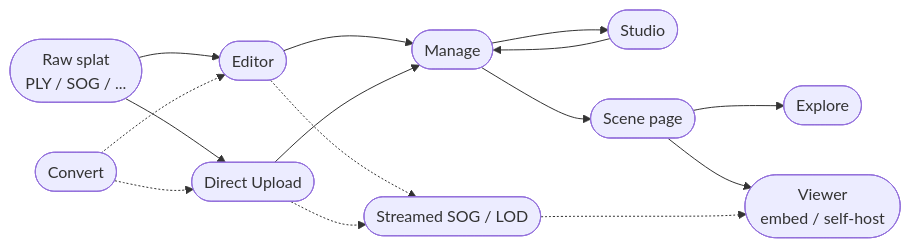
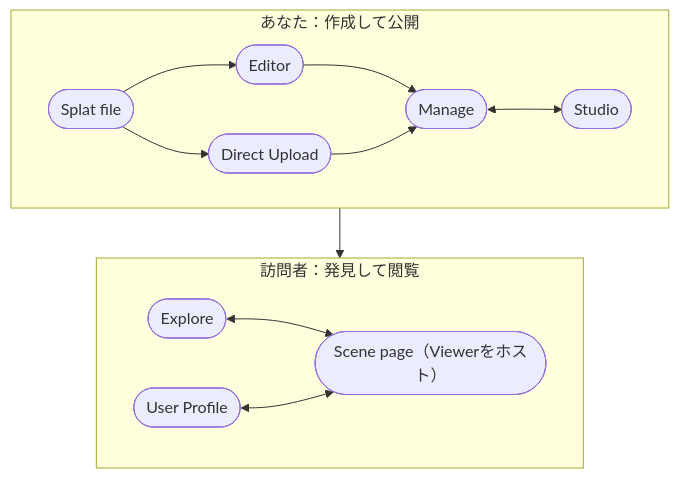
Before and after one commit to playcanvas/developer-site: the diagram in i18n/ja/docusaurus-plugin-content-docs/current/user-manual/supersplat/index.md, drawn with Mermaid. The commit also changed 1 other file, not shown here.

First paragraph of the commit message:
Redesign the SuperSplat overview diagram as a two-audience journey (#1023)
* Redesign SuperSplat overview diagram as a two-audience journey

````diff
--- a/i18n/ja/docusaurus-plugin-content-docs/current/user-manual/supersplat/index.md
+++ b/i18n/ja/docusaurus-plugin-content-docs/current/user-manual/supersplat/index.md
@@ -10,25 +10,19 @@
 ```mermaid
-flowchart LR
-    PLY([Raw splat<br/>PLY / SOG / ...])
-    Editor([Editor])
-    Upload([Direct Upload])
-    Manage([Manage])
-    Studio([Studio])
-    Scene([Scene page])
-    Explore([Explore])
-    Viewer([Viewer<br/>embed / self-host])
-    Convert([Convert])
-    Streaming([Streamed SOG / LOD])
+flowchart TB
+    subgraph you [あなた：作成して公開]
+        direction LR
+        raw([Splat file]) --> editor([Editor])
+        raw --> upload([Direct Upload])
+        editor --> manage([Manage])
+        upload --> manage
+        manage <--> studio([Studio])
+    end
 
-    PLY --> Editor --> Manage
-    PLY --> Upload --> Manage
-    Convert -.-> Editor
-    Convert -.-> Upload
-    Manage --> Studio --> Manage
-    Manage --> Scene
-    Scene --> Explore
-    Scene --> Viewer
-    Editor -.-> Streaming
-    Upload -.-> Streaming
-    Streaming -.-> Viewer
+    manage --> scene(["Scene page（Viewerをホスト）"])
+
+    subgraph visitors [訪問者：発見して閲覧]
+        direction LR
+        explore([Explore]) <--> scene
+        profile([User Profile]) <--> scene
+    end
 ```
````
